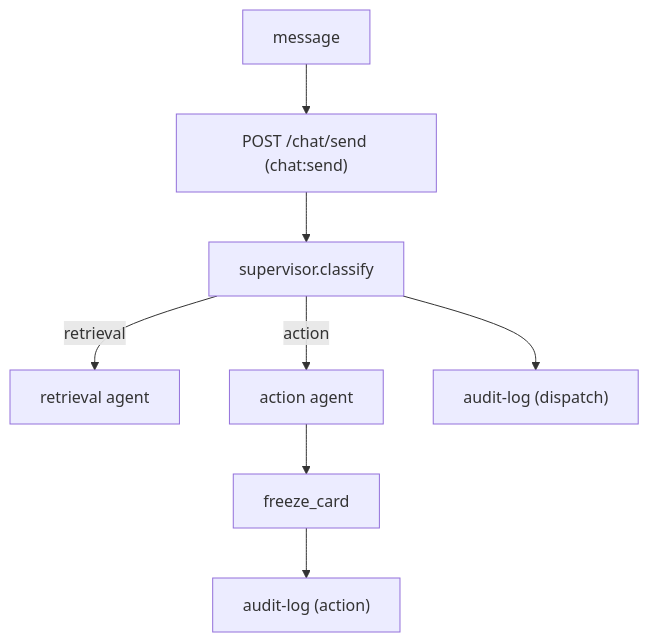
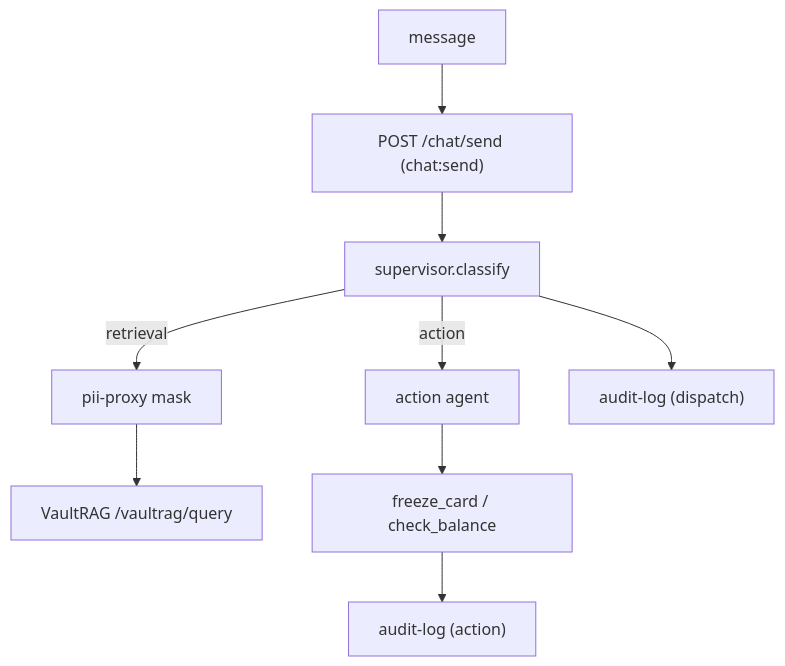
Before and after one commit to arkano1dev/AISecurity4Fintech: the diagram in apps/agentflow/README.md, drawn with Mermaid. The commit also changed other lines of this file and 5 other files, not shown here.

````diff
--- a/apps/agentflow/README.md
+++ b/apps/agentflow/README.md
@@ -9,10 +11,11 @@
 ```mermaid
 flowchart TD
     MSG[message] --> SEND["POST /chat/send (chat:send)"]
     SEND --> SUP[supervisor.classify]
-    SUP -->|retrieval| RET[retrieval agent]
+    SUP -->|retrieval| MASK["pii-proxy mask"]
+    MASK --> VR["VaultRAG /vaultrag/query"]
     SUP -->|action| ACT[action agent]
-    ACT --> TOOL[freeze_card]
+    ACT --> ACC[freeze_card / check_balance]
     SUP --> AUDIT["audit-log (dispatch)"]
-    TOOL --> AUDIT2["audit-log (action)"]
+    ACC --> AUDIT2["audit-log (action)"]
 ```
````
